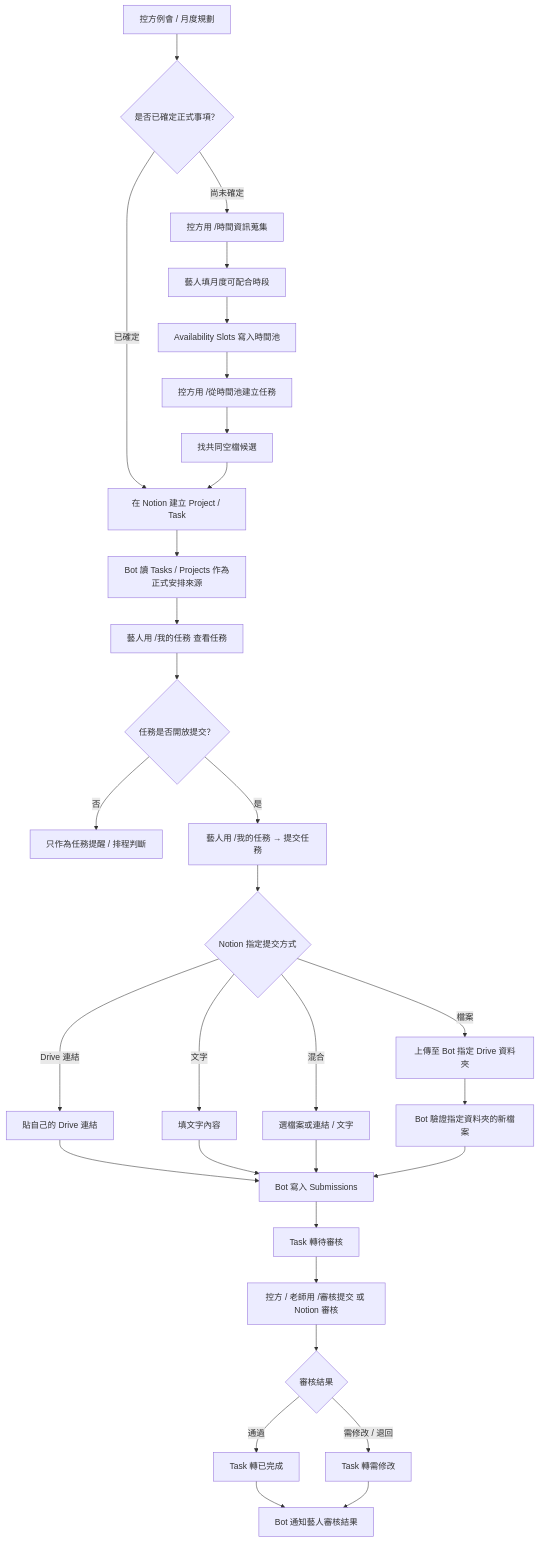
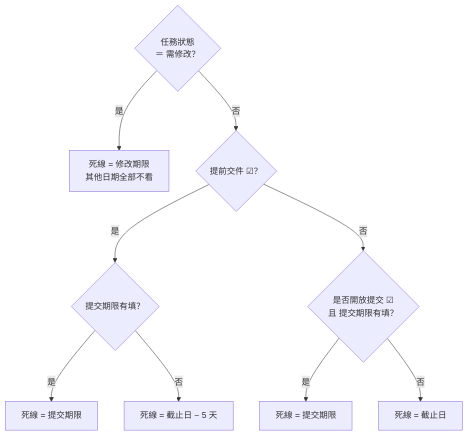
Before and after one commit to johnnysun0621/kari-kari-ai-ops: the third of 7 diagrams in docs/foundation/FLOWCHART.md, drawn with Mermaid. The commit also changed other lines of this file and 9 other files, not shown here.

````diff
--- a/docs/foundation/FLOWCHART.md
+++ b/docs/foundation/FLOWCHART.md
@@ -8,37 +113,12 @@
 ```mermaid
 flowchart TD
-    A["控方例會 / 月度規劃"] --> B{"是否已確定正式事項？"}
-
-    B -->|已確定| C["在 Notion 建立 Project / Task"]
-    C --> D["Bot 讀 Tasks / Projects 作為正式安排來源"]
-    D --> E["藝人用 /我的任務 查看任務"]
-    E --> F{"任務是否開放提交？"}
-    F -->|否| G["只作為任務提醒 / 排程判斷"]
-    F -->|是| H["藝人用 /我的任務 → 提交任務"]
-
-    H --> I{"Notion 指定提交方式"}
-    I -->|檔案| J["上傳至 Bot 指定 Drive 資料夾"]
-    I -->|Drive 連結| K["貼自己的 Drive 連結"]
-    I -->|文字| L["填文字內容"]
-    I -->|混合| M["選檔案或連結 / 文字"]
-
-    J --> N["Bot 驗證指定資料夾的新檔案"]
-    K --> O["Bot 寫入 Submissions"]
-    L --> O
-    M --> O
-    N --> O
-    O --> P["Task 轉待審核"]
-    P --> Q["控方 / 老師用 /審核提交 或 Notion 審核"]
-    Q --> R{"審核結果"}
-    R -->|通過| S["Task 轉已完成"]
-    R -->|需修改 / 退回| T["Task 轉需修改"]
-    S --> U["Bot 通知藝人審核結果"]
-    T --> U
-
-    B -->|尚未確定| V["控方用 /時間資訊蒐集"]
-    V --> W["藝人填月度可配合時段"]
-    W --> X["Availability Slots 寫入時間池"]
-    X --> Y["控方用 /從時間池建立任務"]
-    Y --> Z["找共同空檔候選"]
-    Z --> C
+    A{"任務狀態<br/>＝ 需修改？"}
+    A -->|是| R["死線 = 修改期限<br/>其他日期全部不看"]
+    A -->|否| B{"提前交件 ☑？"}
+    B -->|是| C{"提交期限有填？"}
+    C -->|是| D["死線 = 提交期限"]
+    C -->|否| E["死線 = 截止日 − 5 天"]
+    B -->|否| F{"是否開放提交 ☑<br/>且 提交期限有填？"}
+    F -->|是| G["死線 = 提交期限"]
+    F -->|否| H["死線 = 截止日"]
 ```
````
